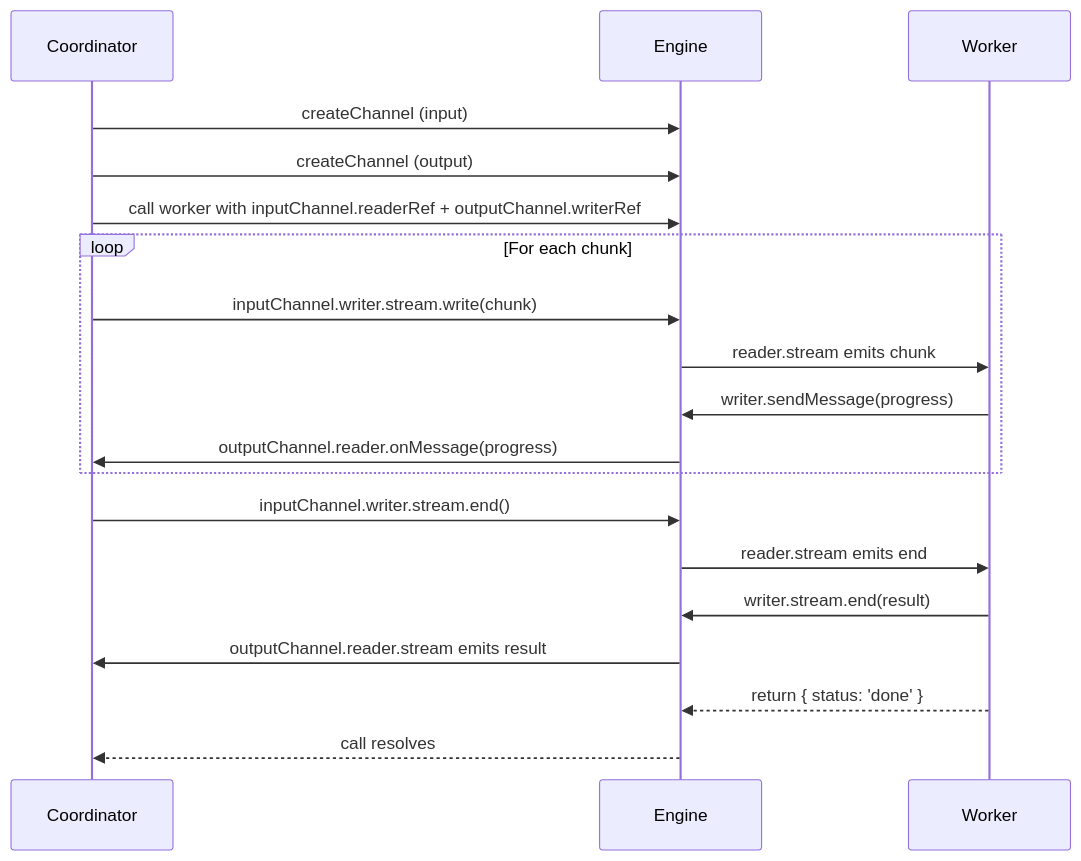
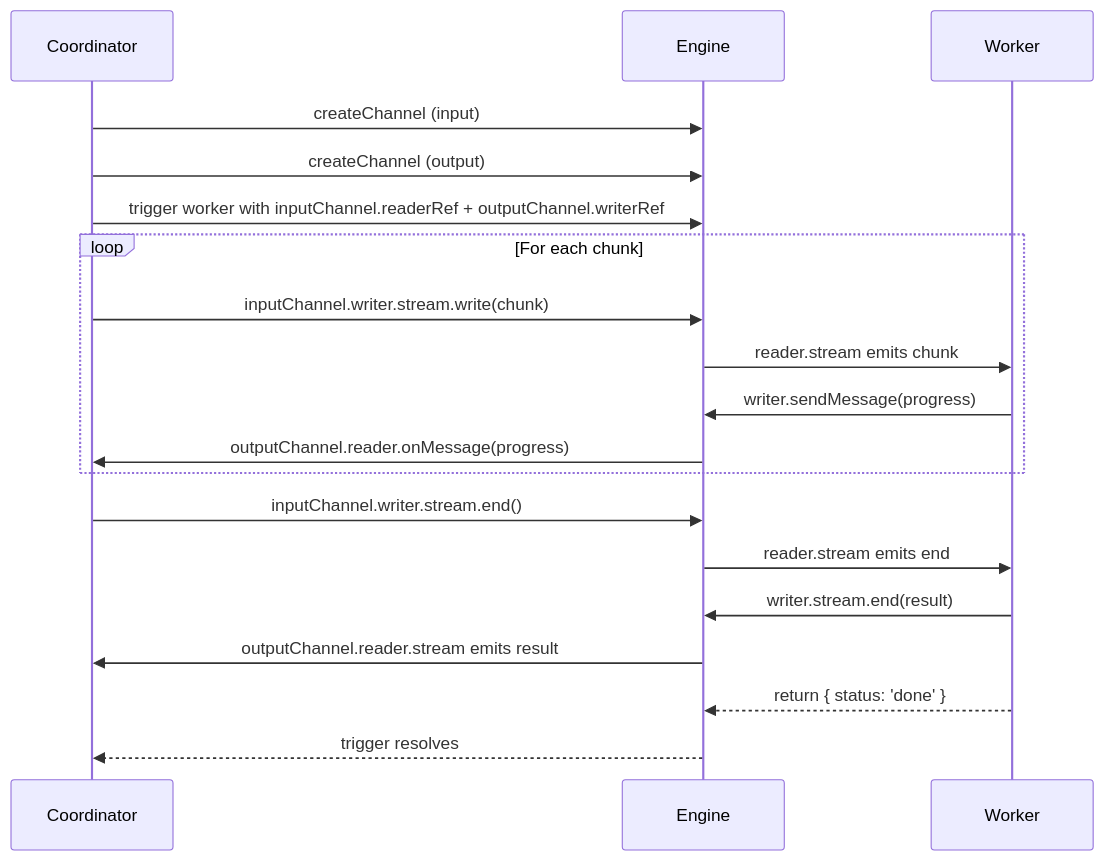
One commit to MotiaDev/motia changed the second of 2 diagrams in docs/content/architecture/channels.mdx. Above: the diagram before and after it, drawn with Mermaid. The commit also changed other lines of this file and 42 other files, not shown here.

````diff
--- a/docs/content/architecture/channels.mdx
+++ b/docs/content/architecture/channels.mdx
@@ -567,24 +573,24 @@
 ```mermaid
 sequenceDiagram
     participant C as Coordinator
     participant Engine
     participant W as Worker
 
     C->>Engine: createChannel (input)
     C->>Engine: createChannel (output)
-    C->>Engine: call worker with inputChannel.readerRef + outputChannel.writerRef
+    C->>Engine: trigger worker with inputChannel.readerRef + outputChannel.writerRef
 
     loop For each chunk
         C->>Engine: inputChannel.writer.stream.write(chunk)
         Engine->>W: reader.stream emits chunk
         W->>Engine: writer.sendMessage(progress)
         Engine->>C: outputChannel.reader.onMessage(progress)
     end
 
     C->>Engine: inputChannel.writer.stream.end()
     Engine->>W: reader.stream emits end
     W->>Engine: writer.stream.end(result)
     Engine->>C: outputChannel.reader.stream emits result
     W-->>Engine: return { status: 'done' }
-    Engine-->>C: call resolves
+    Engine-->>C: trigger resolves
 ```
````
